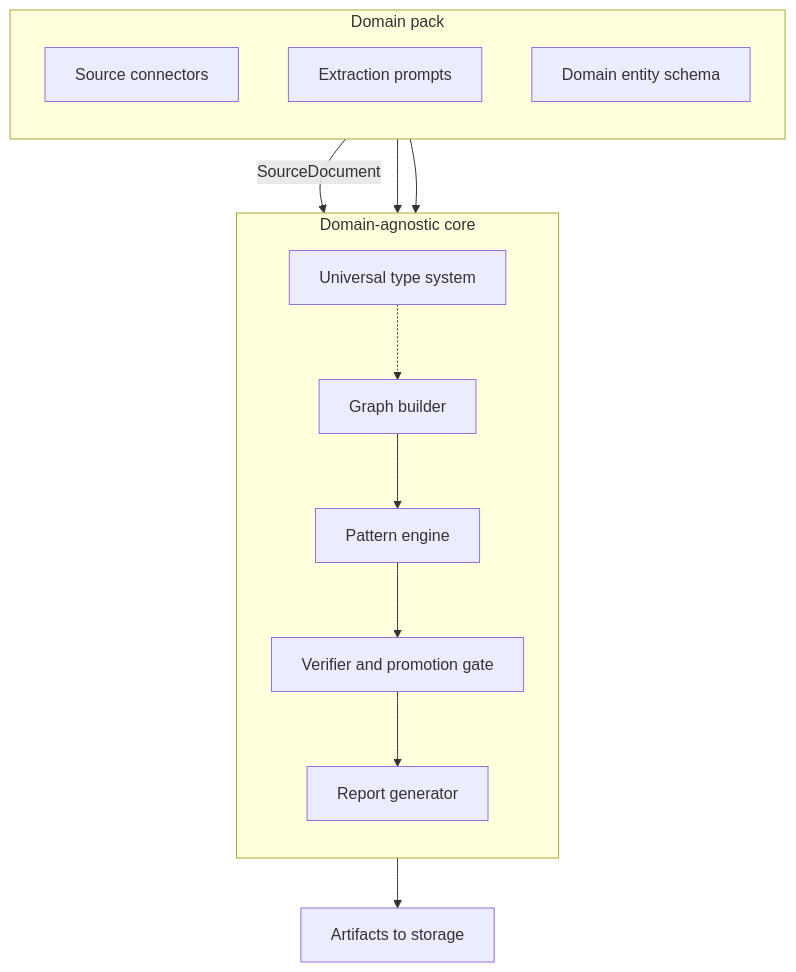
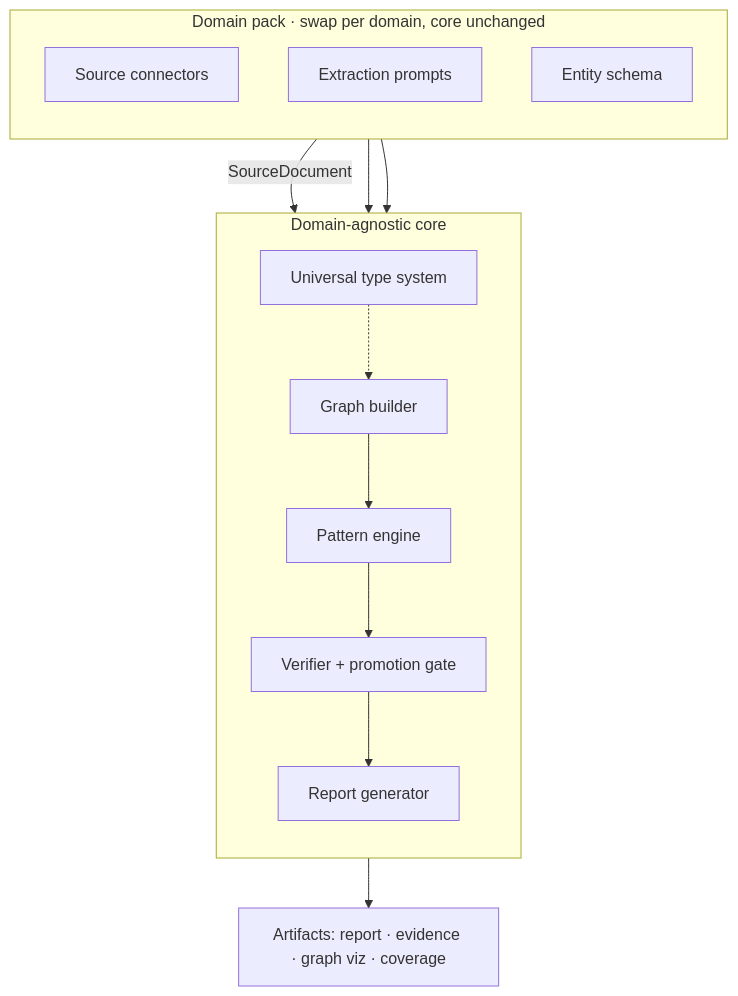
One commit to krish1236/pattern-discovery-agent changed the first of 3 diagrams in README.md. Above: the diagram before and after it, drawn with Mermaid. The commit also changed other lines of this file and 8 other files, not shown here.

````diff
--- a/README.md
+++ b/README.md
@@ -15,23 +73,20 @@
 ```mermaid
 flowchart TB
   subgraph CORE["Domain-agnostic core"]
     direction TB
-    UT[Universal type system]
-    GB[Graph builder]
-    PE[Pattern engine]
-    VG[Verifier and promotion gate]
-    RG[Report generator]
-    UT -.-> GB
-    GB --> PE --> VG --> RG
+    UT[Universal type system] -.-> GB[Graph builder]
+    GB --> PE[Pattern engine]
+    PE --> VG[Verifier + promotion gate]
+    VG --> RG[Report generator]
   end
-  subgraph PACK["Domain pack"]
+  subgraph PACK["Domain pack · swap per domain, core unchanged"]
     direction TB
     CO[Source connectors]
     PR[Extraction prompts]
-    SC[Domain entity schema]
+    SC[Entity schema]
   end
   CO -->|SourceDocument| GB
   PR --> GB
   SC --> GB
-  RG --> OUT[Artifacts to storage]
+  RG --> OUT[Artifacts: report · evidence · graph viz · coverage]
 ```
````
